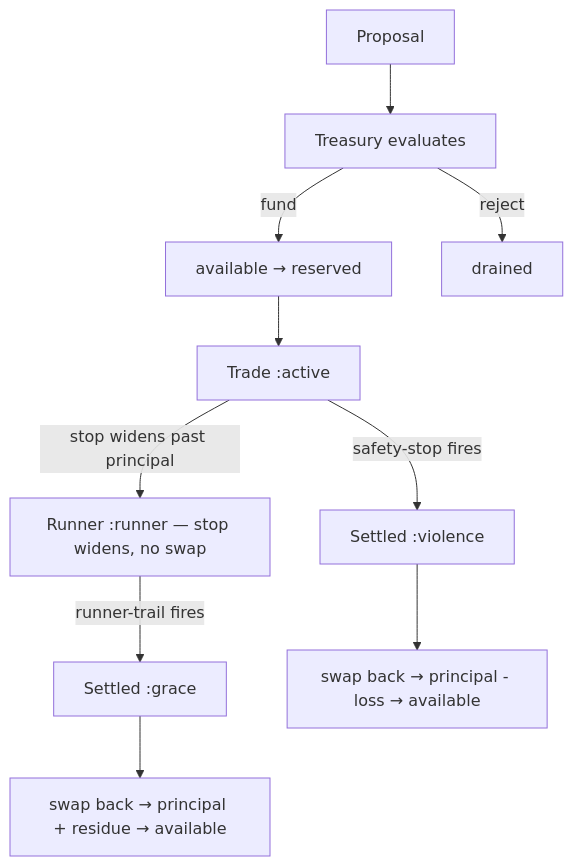
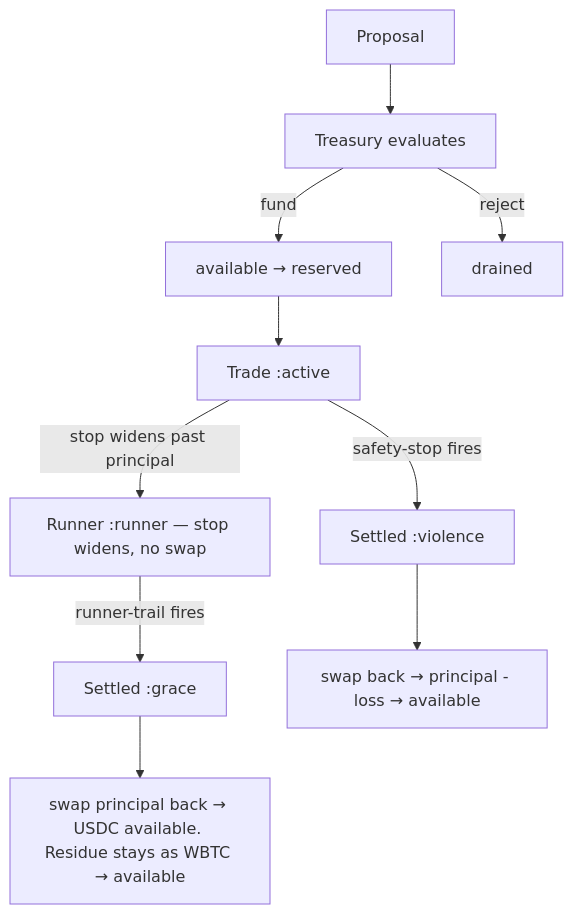
Before and after one commit to watmin/holon-lab-trading: the fifth of 9 diagrams in wat/CIRCUIT.md, drawn with Mermaid. The commit also changed 1 other file, not shown here.

Commit message:
wat: CIRCUIT + ORDER — Grace path label honest, Resolution noted
Circuit 5: Grace exit now says "swap principal back → USDC available.
Residue stays as WBTC → available." Not "principal + residue swap back."
ORDER: broker.wat note includes Resolution + PropagationFacts.

The ignorant's final two fixes before the ninth inscription.

````diff
--- a/wat/CIRCUIT.md
+++ b/wat/CIRCUIT.md
@@ -155,12 +155,12 @@
 ```mermaid
 graph TD
     PR[Proposal] --> TR[Treasury evaluates]
     TR -->|fund| AV[available → reserved]
     AV --> TD[Trade :active]
     TD -->|stop widens past principal| RN[Runner :runner — stop widens, no swap]
     TD -->|safety-stop fires| SV[Settled :violence]
     RN -->|runner-trail fires| SG[Settled :grace]
     SV --> EXIT1[swap back → principal - loss → available]
-    SG --> EXIT2[swap back → principal + residue → available]
+    SG --> EXIT2[swap principal back → USDC available. Residue stays as WBTC → available]
     TR -->|reject| DR[drained]
 ```
````
